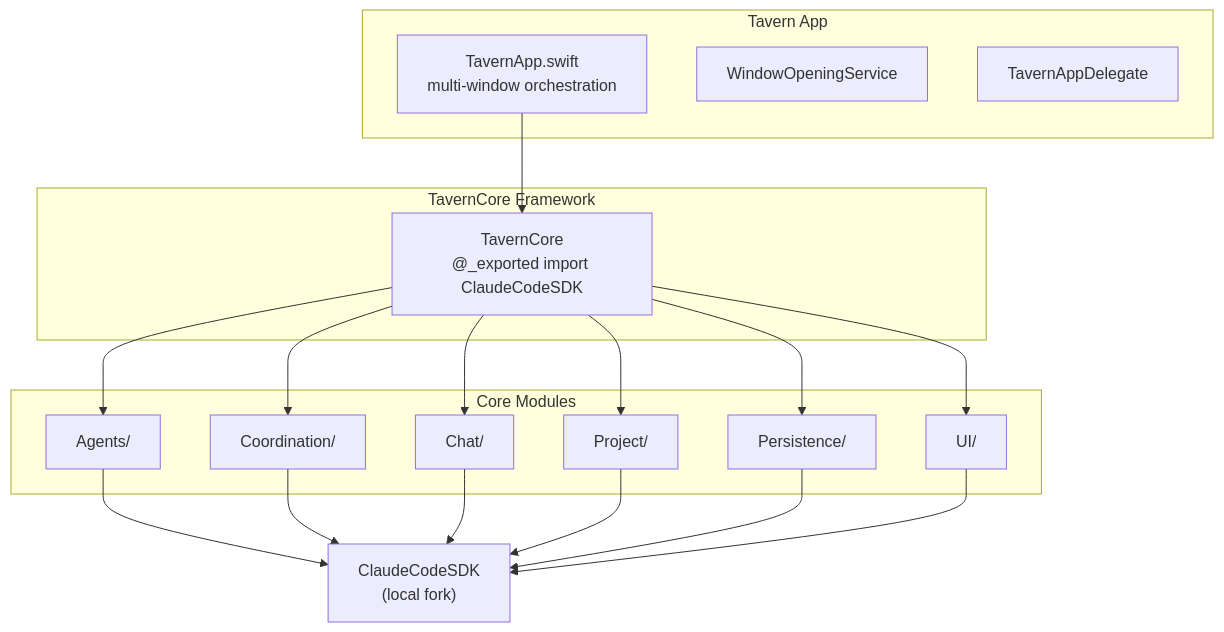
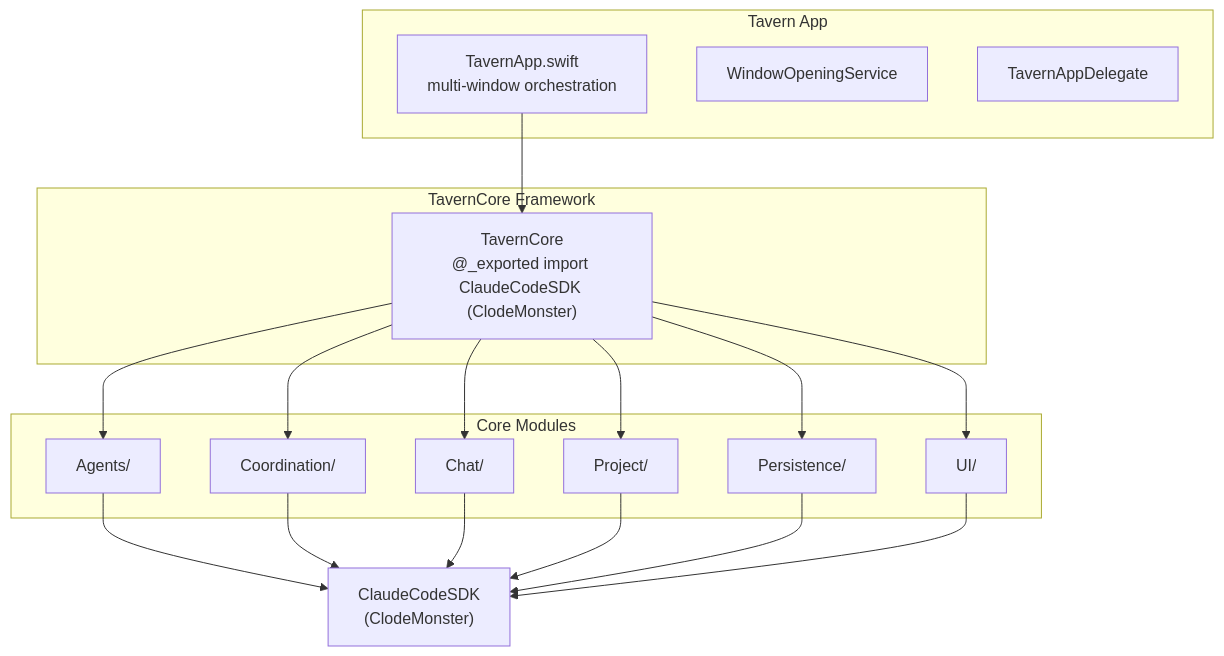
Before and after one commit to loupgaroublond/the-tavern-at-the-spillway: the second of 8 diagrams in docs/architecture-v1.md, drawn with Mermaid. The commit also changed 83 other files, not shown here.

First line of the commit message:
Remove old ClaudeCodeSDK fork, update docs for ClodeMonster SDK

````diff
--- a/docs/architecture-v1.md
+++ b/docs/architecture-v1.md
@@ -134,38 +134,38 @@
 ```mermaid
 graph TD
     subgraph "Tavern App"
         App["TavernApp.swift<br/>multi-window orchestration"]
         WOS2["WindowOpeningService"]
         Del2["TavernAppDelegate"]
     end
 
     subgraph "TavernCore Framework"
-        Core["TavernCore<br/>@_exported import ClaudeCodeSDK"]
+        Core["TavernCore<br/>@_exported import ClaudeCodeSDK (ClodeMonster)"]
     end
 
     subgraph "Core Modules"
         Agents["Agents/"]
         Coord["Coordination/"]
         Chat["Chat/"]
         Project["Project/"]
         Persist["Persistence/"]
         UI["UI/"]
     end
 
-    SDK["ClaudeCodeSDK<br/>(local fork)"]
+    SDK["ClaudeCodeSDK<br/>(ClodeMonster)"]
 
     App --> Core
     Core --> Agents
     Core --> Coord
     Core --> Chat
     Core --> Project
     Core --> Persist
     Core --> UI
 
     Agents --> SDK
     Coord --> SDK
     Chat --> SDK
     Project --> SDK
     Persist --> SDK
     UI --> SDK
 ```
````
